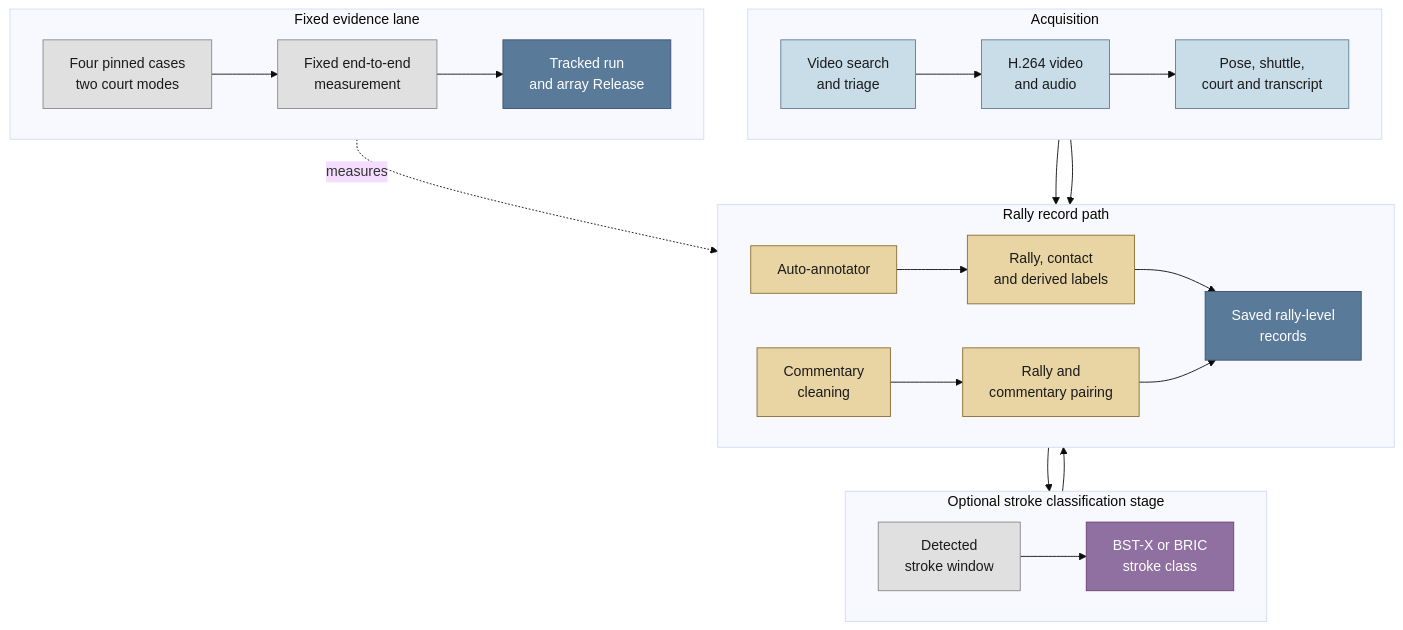
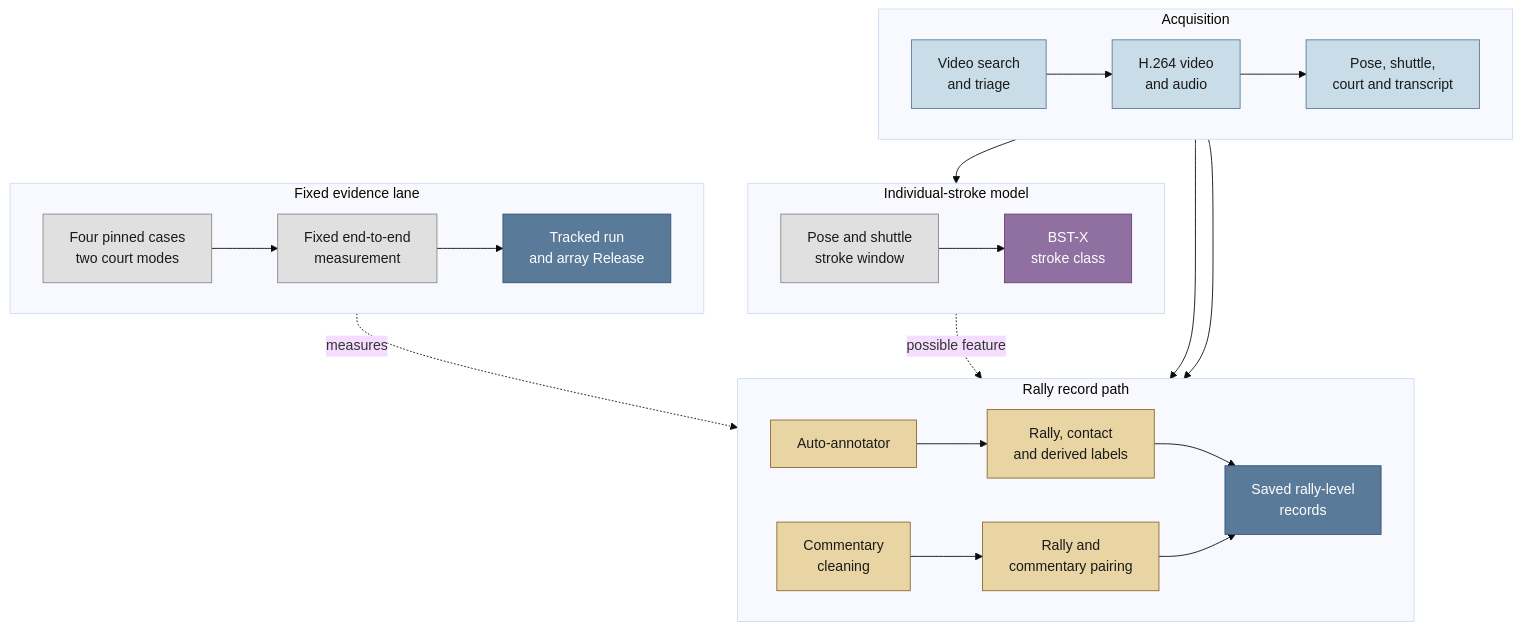
One commit to ahalp90/badminton_cv_annotator changed the first of 4 diagrams in docs/project_overview_20260730-214831.md. Above: the diagram before and after it, drawn with Mermaid (base theme). The commit also changed other lines of this file and 11 other files, not shown here.

````diff
--- a/docs/project_overview_20260730-214831.md
+++ b/docs/project_overview_20260730-214831.md
@@ -66,46 +62,46 @@
 ```mermaid
 flowchart TB
     subgraph P_ACQ["Acquisition"]
         direction LR
         P1["Video search<br/>and triage"] --> P2["H.264 video<br/>and audio"]
         P2 --> P3["Pose, shuttle,<br/>court and transcript"]
     end
 
     subgraph P_RECORD["Rally record path"]
         direction LR
         P4["Auto-annotator"] --> P5["Rally, contact<br/>and derived labels"]
         P6["Commentary<br/>cleaning"] --> P7["Rally and<br/>commentary pairing"]
         P5 --> P8["Saved rally-level<br/>records"]
         P7 --> P8
     end
 
-    subgraph P_BST["Optional stroke classification stage"]
+    subgraph P_BST["Individual-stroke model"]
         direction LR
-        P9["Detected<br/>stroke window"] --> P10["BST-X or BRIC<br/>stroke class"]
+        P9["Pose and shuttle<br/>stroke window"] --> P10["BST-X<br/>stroke class"]
     end
 
     subgraph P_MEASURE["Fixed evidence lane"]
         direction LR
         P11["Four pinned cases<br/>two court modes"] --> P12["Fixed end-to-end<br/>measurement"]
         P12 --> P13["Tracked run<br/>and array Release"]
     end
 
     P3 --> P4
     P3 --> P6
-    P5 --> P9
-    P10 --> P8
+    P3 --> P9
+    P10 -.->|"possible feature"| P8
     P12 -.->|"measures"| P4
 
     classDef stage fill:#c8dde8,stroke:#5a7a9a,color:#1a1a1a
     classDef bridge fill:#e8d5a3,stroke:#8a6a30,color:#1a1a1a
     classDef output fill:#5a7a9a,stroke:#3a5070,color:#ffffff
     classDef special fill:#9070a0,stroke:#6a4070,color:#ffffff
     classDef auxiliary fill:#e0e0e0,stroke:#888888,color:#1a1a1a
 
     class P1,P2,P3 stage
     class P4,P5,P6,P7 bridge
     class P8,P13 output
     class P9 auxiliary
     class P10 special
     class P11,P12 auxiliary
 ```
````
